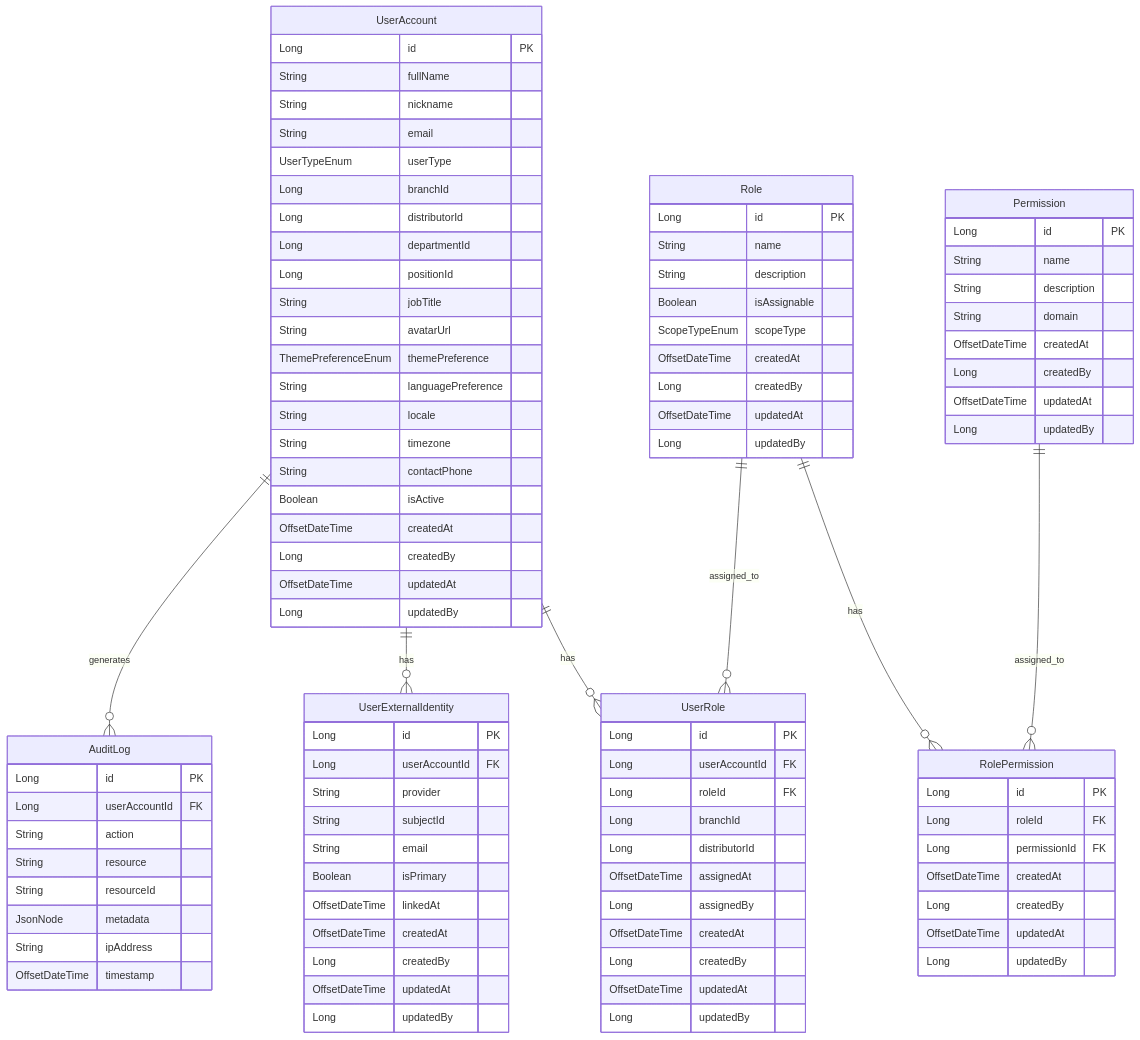
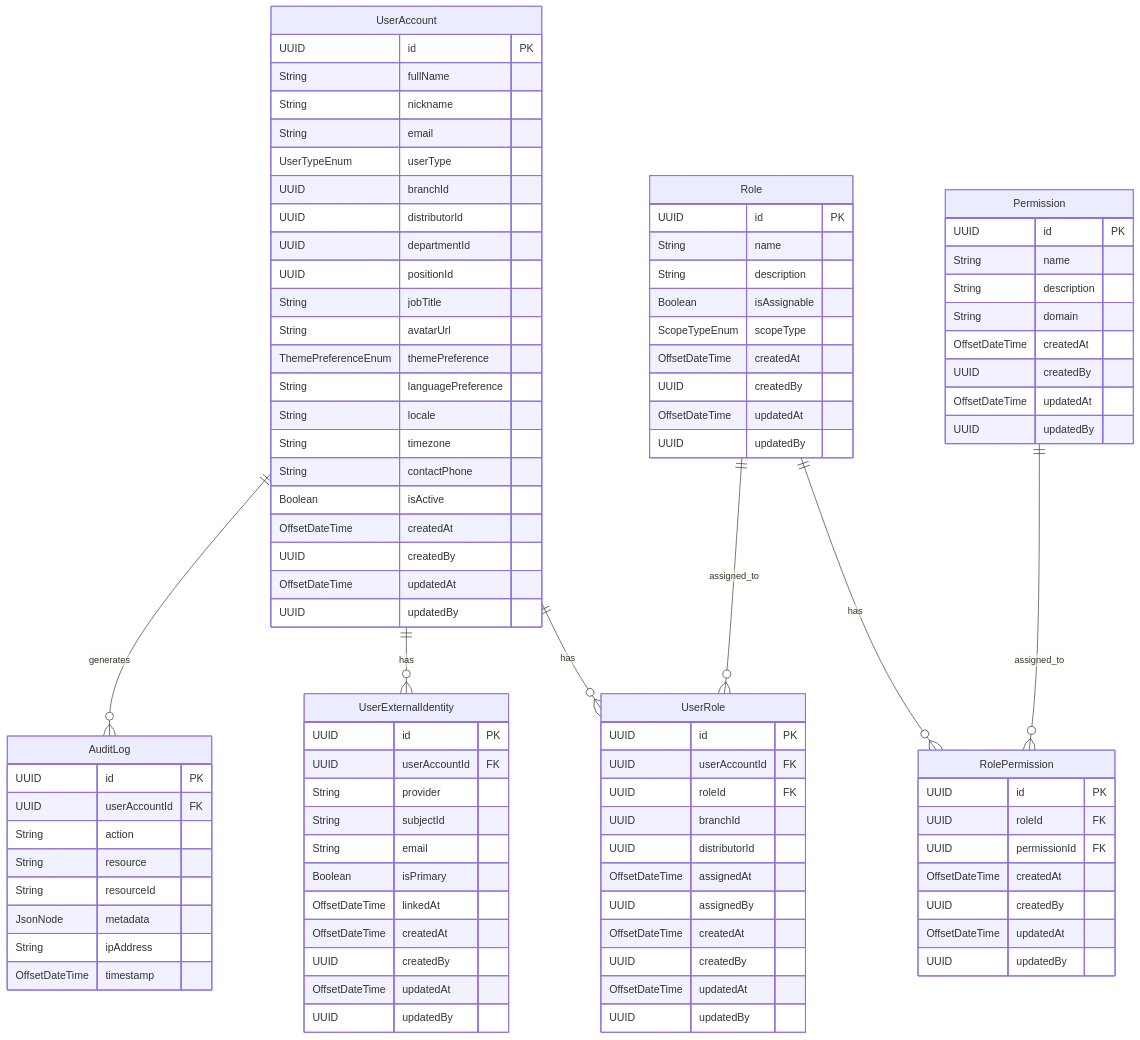
The diagram in README.md (firefly-oss/common-platform-user-mgmt), drawn with Mermaid before and after one commit. The commit also changed other lines of this file and 52 other files, not shown here.

```diff
--- a/README.md
+++ b/README.md
@@ -73,15 +73,15 @@
     Permission ||--o{ RolePermission : assigned_to
 
     UserAccount {
-        Long id PK
+        UUID id PK
         String fullName
         String nickname
         String email
         UserTypeEnum userType
-        Long branchId
-        Long distributorId
-        Long departmentId
-        Long positionId
+        UUID branchId
+        UUID distributorId
+        UUID departmentId
+        UUID positionId
         String jobTitle
         String avatarUrl
         ThemePreferenceEnum themePreference
@@ -91,75 +91,75 @@
         String contactPhone
         Boolean isActive
         OffsetDateTime createdAt
-        Long createdBy
+        UUID createdBy
         OffsetDateTime updatedAt
-        Long updatedBy
+        UUID updatedBy
     }
 
     Role {
-        Long id PK
+        UUID id PK
         String name
         String description
         Boolean isAssignable
         ScopeTypeEnum scopeType
         OffsetDateTime createdAt
-        Long createdBy
+        UUID createdBy
         OffsetDateTime updatedAt
-        Long updatedBy
+        UUID updatedBy
     }
 
     Permission {
-        Long id PK
+        UUID id PK
         String name
         String description
         String domain
         OffsetDateTime createdAt
-        Long createdBy
+        UUID createdBy
         OffsetDateTime updatedAt
-        Long updatedBy
+        UUID updatedBy
     }
 
     UserRole {
-        Long id PK
-        Long userAccountId FK
-        Long roleId FK
-        Long branchId
-        Long distributorId
+        UUID id PK
+        UUID userAccountId FK
+        UUID roleId FK
+        UUID branchId
+        UUID distributorId
         OffsetDateTime assignedAt
-        Long assignedBy
+        UUID assignedBy
         OffsetDateTime createdAt
-        Long createdBy
+        UUID createdBy
         OffsetDateTime updatedAt
-        Long updatedBy
+        UUID updatedBy
     }
 
     RolePermission {
-        Long id PK
-        Long roleId FK
-        Long permissionId FK
+        UUID id PK
+        UUID roleId FK
+        UUID permissionId FK
         OffsetDateTime createdAt
-        Long createdBy
+        UUID createdBy
         OffsetDateTime updatedAt
-        Long updatedBy
+        UUID updatedBy
     }
 
     UserExternalIdentity {
-        Long id PK
-        Long userAccountId FK
+        UUID id PK
+        UUID userAccountId FK
         String provider
         String subjectId
         String email
         Boolean isPrimary
         OffsetDateTime linkedAt
         OffsetDateTime createdAt
-        Long createdBy
+        UUID createdBy
         OffsetDateTime updatedAt
-        Long updatedBy
+        UUID updatedBy
     }
 
     AuditLog {
-        Long id PK
-        Long userAccountId FK
+        UUID id PK
+        UUID userAccountId FK
         String action
         String resource
         String resourceId
```
